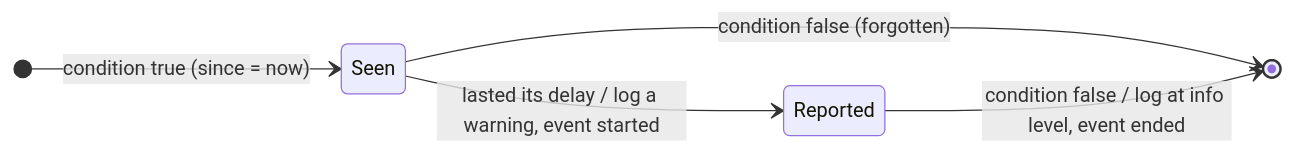
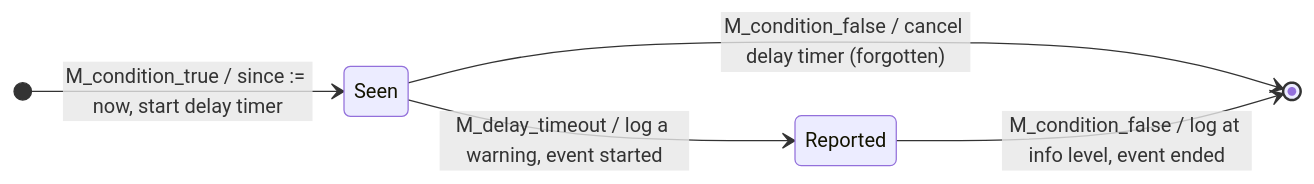
Before and after one commit to marsoupilami25/adaptative-climate: diagram 12 of 12 in SPEC.md, drawn with Mermaid. The commit also changed other lines of this file, not shown here.

````diff
--- a/SPEC.md
+++ b/SPEC.md
@@ -2302,10 +2379,10 @@
 ```mermaid
 stateDiagram-v2
     direction LR
     state "Seen" as S
     state "Reported" as R
-    [*] --> S : condition true (since = now)
-    S --> [*] : condition false (forgotten)
-    S --> R : lasted its delay / log a warning, event started
-    R --> [*] : condition false / log at info level, event ended
+    [*] --> S : M_condition_true / since := now, start delay timer
+    S --> [*] : M_condition_false / cancel delay timer (forgotten)
+    S --> R : M_delay_timeout / log a warning, event started
+    R --> [*] : M_condition_false / log at info level, event ended
 ```
````
